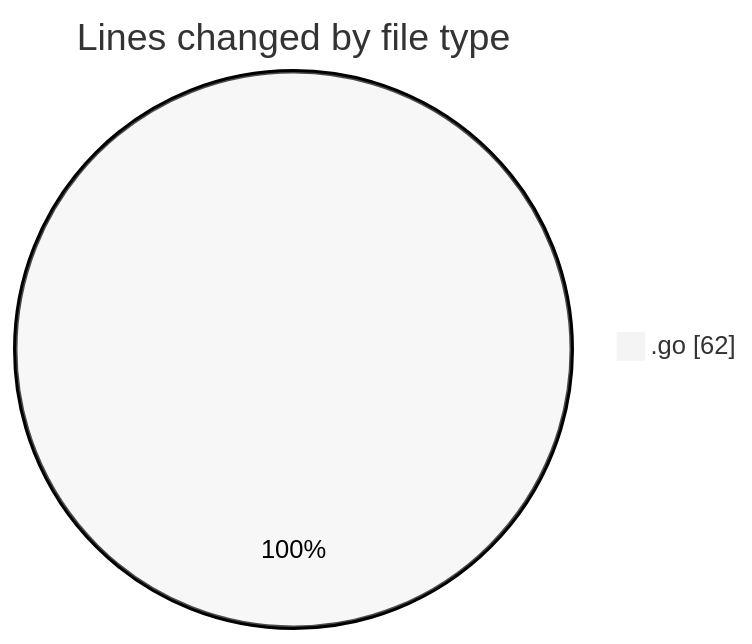
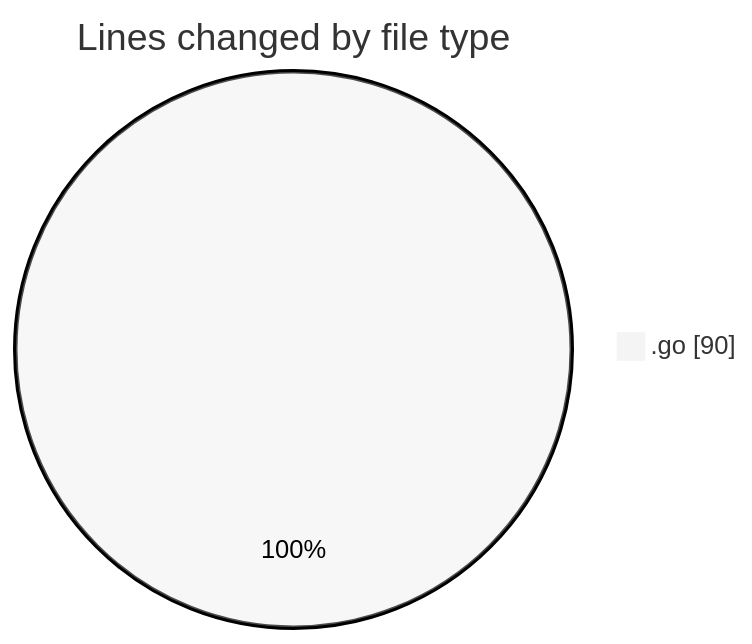
One commit to robertbonfada/code-tracking changed the first of 2 diagrams in 2025-03-01/test-digital-placa/README.md. Above: the diagram before and after it, drawn with Mermaid (neutral theme). The commit also changed other lines of this file and 1 other file, not shown here.

````diff
--- a/2025-03-01/test-digital-placa/README.md
+++ b/2025-03-01/test-digital-placa/README.md
@@ -20,5 +20,5 @@
 ```mermaid
 pie showData
 title Lines changed by file type
-".go" : 62
+".go" : 90
 ```
````
